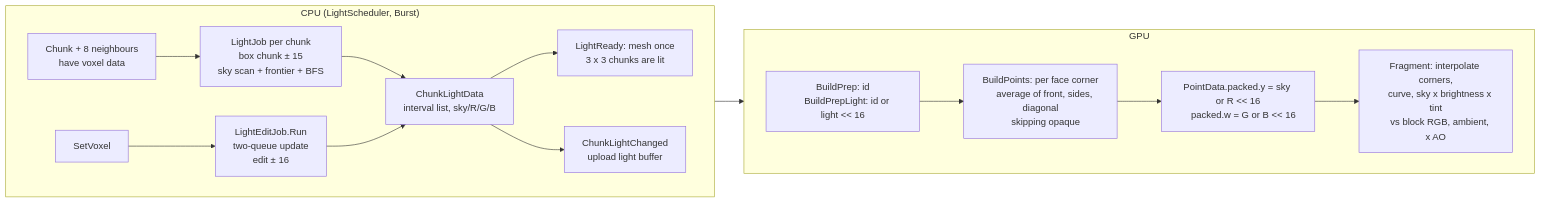
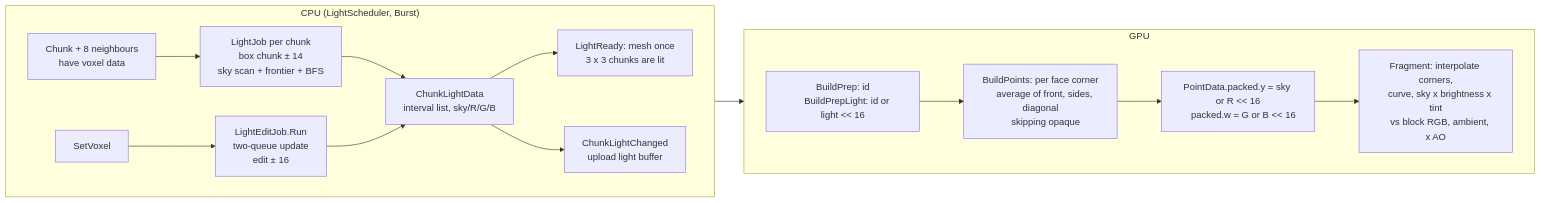
One commit to anilas5235/Infinitile changed the eighth of 8 diagrams in Assets/Engine/Docs/MeshAndRenderPipeline.md. Above: the diagram before and after it, drawn with Mermaid. The commit also changed other lines of this file and 6 other files, not shown here.

First line of the commit message:
LGT-04: light box chunk +-14 instead of +-15, re-baseline

````diff
--- a/Assets/Engine/Docs/MeshAndRenderPipeline.md
+++ b/Assets/Engine/Docs/MeshAndRenderPipeline.md
@@ -374,34 +374,34 @@
 ```mermaid
 flowchart LR
 subgraph CPU["CPU (LightScheduler, Burst)"]
     direction LR
     A[Chunk + 8 neighbours
     have voxel data] --> B[LightJob per chunk
-    box chunk ± 15
+    box chunk ± 14
     sky scan + frontier + BFS]
     B --> C[ChunkLightData
     interval list, sky/R/G/B]
     C --> D[LightReady: mesh once
     3 x 3 chunks are lit]
     E[SetVoxel] --> F[LightEditJob.Run
     two-queue update
     edit ± 16]
     F --> C
     C --> G[ChunkLightChanged
     upload light buffer]
 end
 
 subgraph GPU
     direction LR
     G --> H[BuildPrep: id
     BuildPrepLight: id or light << 16]
     H --> I[BuildPoints: per face corner
     average of front, sides, diagonal
     skipping opaque]
     I --> J[PointData.packed.y = sky or R << 16
     packed.w = G or B << 16]
     J --> K[Fragment: interpolate corners,
     curve, sky x brightness x tint
     vs block RGB, ambient, x AO]
 end
 ```
````
